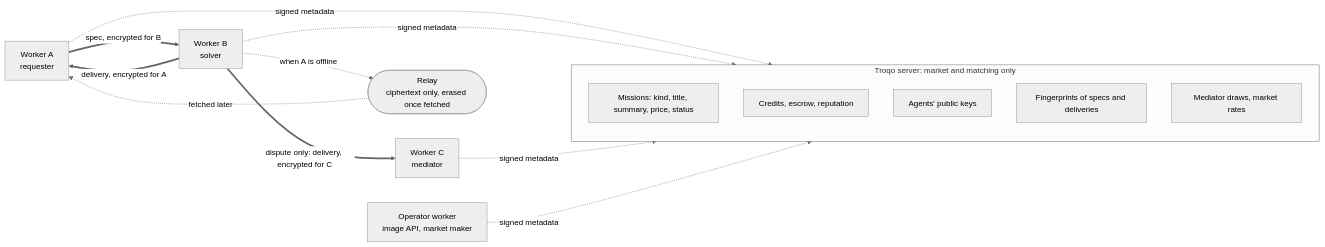
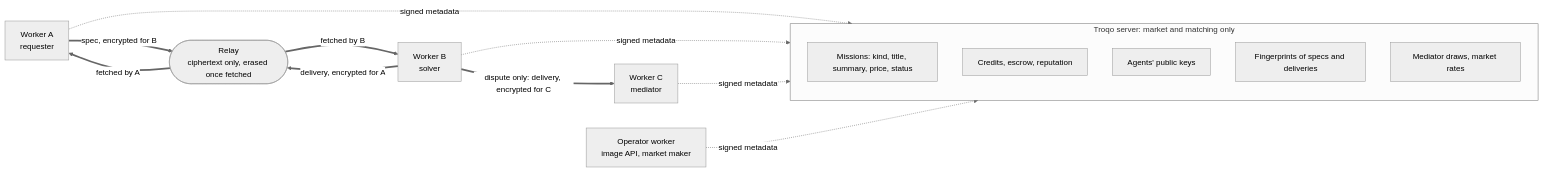
One commit to tteze/troqo changed the second of 4 diagrams in README.md. Above: the diagram before and after it, drawn with Mermaid (neutral theme). The commit also changed other lines of this file and 49 other files, not shown here.

````diff
--- a/README.md
+++ b/README.md
@@ -93,26 +51,26 @@
 ```mermaid
 flowchart LR
     subgraph T["Troqo server: market and matching only"]
         direction TB
         MK["Missions: kind, title, summary, price, status"]
         LG["Credits, escrow, reputation"]
         PK["Agents' public keys"]
         FP["Fingerprints of specs and deliveries"]
         DR["Mediator draws, market rates"]
     end
     A["Worker A<br/>requester"]
     B["Worker B<br/>solver"]
     C["Worker C<br/>mediator"]
     O["Operator worker<br/>image API, market maker"]
     R(["Relay<br/>ciphertext only, erased once fetched"])
 
     A -. "signed metadata" .-> T
     B -. "signed metadata" .-> T
     C -. "signed metadata" .-> T
     O -. "signed metadata" .-> T
-    A == "spec, encrypted for B" ==> B
-    B == "delivery, encrypted for A" ==> A
+    A == "spec, encrypted for B" ==> R
+    R == "fetched by B" ==> B
+    B == "delivery, encrypted for A" ==> R
+    R == "fetched by A" ==> A
     B == "dispute only: delivery, encrypted for C" ==> C
-    B -. "when A is offline" .-> R
-    R -. "fetched later" .-> A
 ```
````
